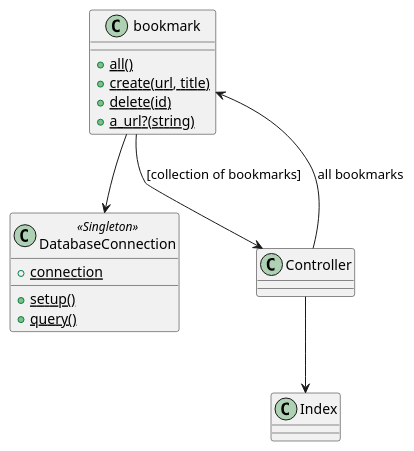
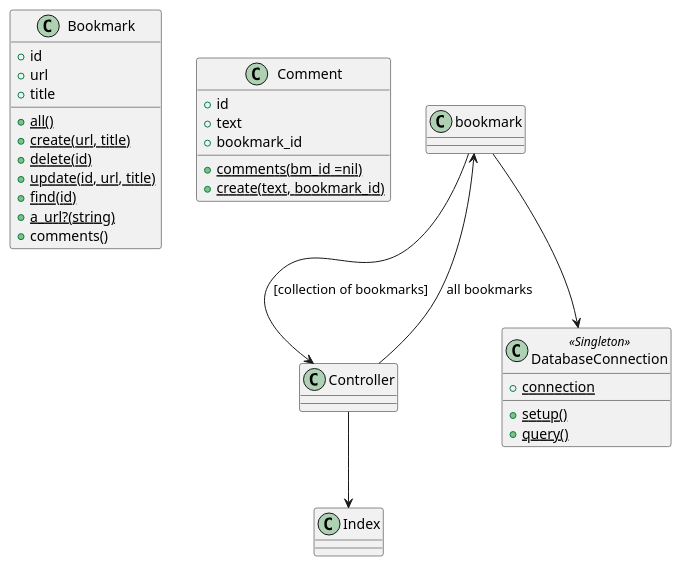
Before and after one commit to meta-morpho-sys/new_bookmark_manager: the diagram in user_stories.puml, drawn with PlantUML. The commit also changed 3 other files, not shown here.

```diff
--- a/user_stories.puml
+++ b/user_stories.puml
@@ -1,21 +1,36 @@
 @startuml
 
-class bookmark {
+class Bookmark {
+    +id
+    +url
+    +title
     +{static} all()
     +{static} create(url, title)
     +{static} delete(id)
+    +{static} update(id, url, title)
+    +{static} find(id)
     +{static} a_url?(string)
+    +comments()
+}
+
+class Comment {
+    +id
+    +text
+    +bookmark_id
+    +{static} comments(bm_id =nil)
+    +{static} create(text, bookmark_id)
+
 }
 
 class DatabaseConnection <<Singleton>>  {
     +{static} connection
     +{static} setup()
     +{static} query()
 }
 
 Controller --> bookmark: all bookmarks
 Controller --> Index
 bookmark --> Controller: [collection of bookmarks]
 bookmark --> DatabaseConnection
 
 @enduml
```
